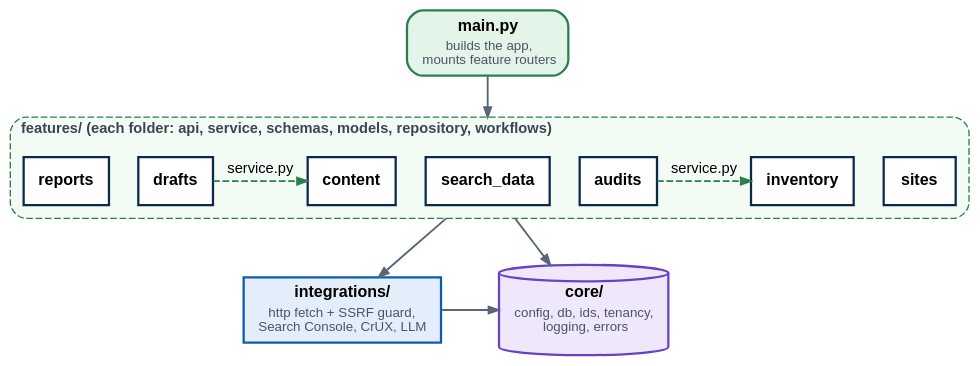
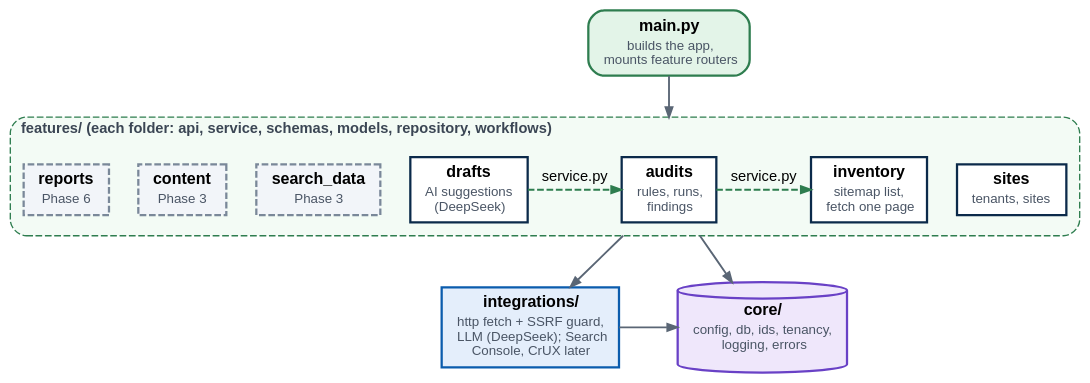
Before and after one commit to raksha-gurzu/seo-advisor: the diagram in requirements/diagrams/modules.dot, drawn with Graphviz. The commit also changed 21 other files, not shown here.

```diff
--- a/requirements/diagrams/modules.dot
+++ b/requirements/diagrams/modules.dot
@@ -1,28 +1,28 @@
 digraph G {
   graph [rankdir=TB fontname="Arial" nodesep=0.3 ranksep=0.6 splines=spline bgcolor="transparent"
          pad=0.15 newrank=true compound=true];
   node  [fontname="Arial" fontsize=12 margin="0.14,0.07"];
   edge  [fontname="Arial" fontsize=11 color="#5a6675" penwidth=1.4 arrowsize=0.75];
   MAIN [label=<<TABLE BORDER="0" CELLSPACING="0" CELLPADDING="1"><TR><TD><B>main.py</B></TD></TR><TR><TD><FONT POINT-SIZE="10" COLOR="#4a5565">builds the app,<BR/>mounts feature routers</FONT></TD></TR></TABLE>> shape="box" style="rounded,filled" fillcolor="#e3f4e8" color="#2e7d4f" penwidth=1.7];
   subgraph cluster_feat {
     label=<<B>features/ (each folder: api, service, schemas, models, repository, workflows)</B>> fontsize=11 fontcolor="#3b4654" labeljust=l
     style="rounded,dashed" color="#2e7d4f" bgcolor="#f3fbf5" margin=10
-  F1 [label=<<TABLE BORDER="0" CELLSPACING="0" CELLPADDING="1"><TR><TD><B>sites</B></TD></TR></TABLE>> shape="box" style="filled" fillcolor="#ffffff" color="#0b2a4a" penwidth=1.7];
-  F2 [label=<<TABLE BORDER="0" CELLSPACING="0" CELLPADDING="1"><TR><TD><B>inventory</B></TD></TR></TABLE>> shape="box" style="filled" fillcolor="#ffffff" color="#0b2a4a" penwidth=1.7];
-  F3 [label=<<TABLE BORDER="0" CELLSPACING="0" CELLPADDING="1"><TR><TD><B>audits</B></TD></TR></TABLE>> shape="box" style="filled" fillcolor="#ffffff" color="#0b2a4a" penwidth=1.7];
-  F4 [label=<<TABLE BORDER="0" CELLSPACING="0" CELLPADDING="1"><TR><TD><B>search_data</B></TD></TR></TABLE>> shape="box" style="filled" fillcolor="#ffffff" color="#0b2a4a" penwidth=1.7];
-  F5 [label=<<TABLE BORDER="0" CELLSPACING="0" CELLPADDING="1"><TR><TD><B>content</B></TD></TR></TABLE>> shape="box" style="filled" fillcolor="#ffffff" color="#0b2a4a" penwidth=1.7];
-  F6 [label=<<TABLE BORDER="0" CELLSPACING="0" CELLPADDING="1"><TR><TD><B>drafts</B></TD></TR></TABLE>> shape="box" style="filled" fillcolor="#ffffff" color="#0b2a4a" penwidth=1.7];
-  F7 [label=<<TABLE BORDER="0" CELLSPACING="0" CELLPADDING="1"><TR><TD><B>reports</B></TD></TR></TABLE>> shape="box" style="filled" fillcolor="#ffffff" color="#0b2a4a" penwidth=1.7];
+  F1 [label=<<TABLE BORDER="0" CELLSPACING="0" CELLPADDING="1"><TR><TD><B>sites</B></TD></TR><TR><TD><FONT POINT-SIZE="10" COLOR="#4a5565">tenants, sites</FONT></TD></TR></TABLE>> shape="box" style="filled" fillcolor="#ffffff" color="#0b2a4a" penwidth=1.7];
+  F2 [label=<<TABLE BORDER="0" CELLSPACING="0" CELLPADDING="1"><TR><TD><B>inventory</B></TD></TR><TR><TD><FONT POINT-SIZE="10" COLOR="#4a5565">sitemap list,<BR/>fetch one page</FONT></TD></TR></TABLE>> shape="box" style="filled" fillcolor="#ffffff" color="#0b2a4a" penwidth=1.7];
+  F3 [label=<<TABLE BORDER="0" CELLSPACING="0" CELLPADDING="1"><TR><TD><B>audits</B></TD></TR><TR><TD><FONT POINT-SIZE="10" COLOR="#4a5565">rules, runs,<BR/>findings</FONT></TD></TR></TABLE>> shape="box" style="filled" fillcolor="#ffffff" color="#0b2a4a" penwidth=1.7];
+  F6 [label=<<TABLE BORDER="0" CELLSPACING="0" CELLPADDING="1"><TR><TD><B>drafts</B></TD></TR><TR><TD><FONT POINT-SIZE="10" COLOR="#4a5565">AI suggestions<BR/>(DeepSeek)</FONT></TD></TR></TABLE>> shape="box" style="filled" fillcolor="#ffffff" color="#0b2a4a" penwidth=1.7];
+  F4 [label=<<TABLE BORDER="0" CELLSPACING="0" CELLPADDING="1"><TR><TD><B>search_data</B></TD></TR><TR><TD><FONT POINT-SIZE="10" COLOR="#4a5565">Phase 3</FONT></TD></TR></TABLE>> shape="box" style="filled,dashed" fillcolor="#f2f5f9" color="#7a8899" penwidth=1.7];
+  F5 [label=<<TABLE BORDER="0" CELLSPACING="0" CELLPADDING="1"><TR><TD><B>content</B></TD></TR><TR><TD><FONT POINT-SIZE="10" COLOR="#4a5565">Phase 3</FONT></TD></TR></TABLE>> shape="box" style="filled,dashed" fillcolor="#f2f5f9" color="#7a8899" penwidth=1.7];
+  F7 [label=<<TABLE BORDER="0" CELLSPACING="0" CELLPADDING="1"><TR><TD><B>reports</B></TD></TR><TR><TD><FONT POINT-SIZE="10" COLOR="#4a5565">Phase 6</FONT></TD></TR></TABLE>> shape="box" style="filled,dashed" fillcolor="#f2f5f9" color="#7a8899" penwidth=1.7];
   }
   CORE [label=<<TABLE BORDER="0" CELLSPACING="0" CELLPADDING="1"><TR><TD><B>core/</B></TD></TR><TR><TD><FONT POINT-SIZE="10" COLOR="#4a5565">config, db, ids, tenancy,<BR/>logging, errors</FONT></TD></TR></TABLE>> shape="cylinder" style="filled" fillcolor="#efe7fb" color="#6941c6" penwidth=1.7];
-  INT [label=<<TABLE BORDER="0" CELLSPACING="0" CELLPADDING="1"><TR><TD><B>integrations/</B></TD></TR><TR><TD><FONT POINT-SIZE="10" COLOR="#4a5565">http fetch + SSRF guard,<BR/>Search Console, CrUX, LLM</FONT></TD></TR></TABLE>> shape="box" style="filled" fillcolor="#e4eefb" color="#0b5cad" penwidth=1.7];
-  MAIN -> F4 [lhead="cluster_feat"];
+  INT [label=<<TABLE BORDER="0" CELLSPACING="0" CELLPADDING="1"><TR><TD><B>integrations/</B></TD></TR><TR><TD><FONT POINT-SIZE="10" COLOR="#4a5565">http fetch + SSRF guard,<BR/>LLM (DeepSeek); Search<BR/>Console, CrUX later</FONT></TD></TR></TABLE>> shape="box" style="filled" fillcolor="#e4eefb" color="#0b5cad" penwidth=1.7];
+  MAIN -> F3 [lhead="cluster_feat"];
   F3 -> F2 [label="service.py" style="dashed" color="#2e7d4f" constraint="false"];
-  F6 -> F5 [label="service.py" style="dashed" color="#2e7d4f" constraint="false"];
-  F4 -> CORE [ltail="cluster_feat"];
-  F4 -> INT [ltail="cluster_feat"];
+  F6 -> F3 [label="service.py" style="dashed" color="#2e7d4f" constraint="false"];
+  F3 -> CORE [ltail="cluster_feat"];
+  F3 -> INT [ltail="cluster_feat"];
   INT -> CORE [];
-  { rank=same; F1; F2; F3; F4; F5; F6; F7; }
+  { rank=same; F1; F2; F3; F6; F4; F5; F7; }
   { rank=same; CORE; INT; }
 }
```
